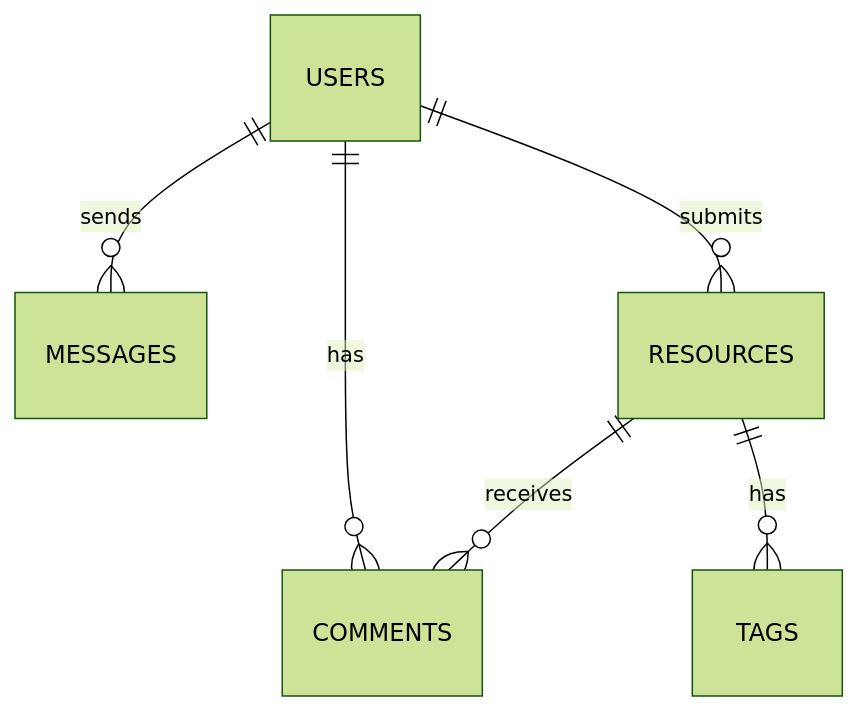
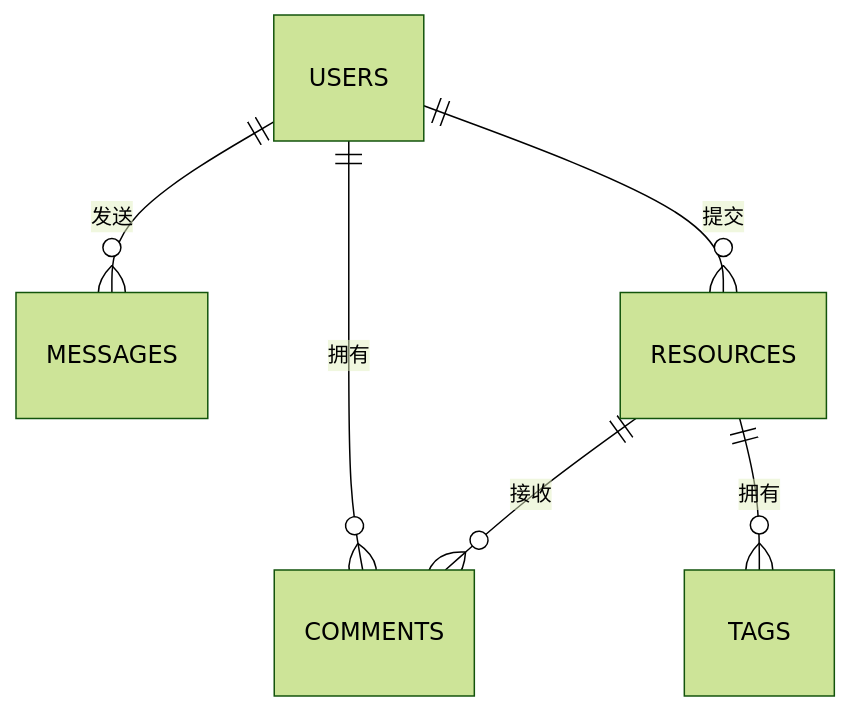
Before and after one commit to CNHB5678/-56789: the third of 3 diagrams in .trae/documents/Technical_Architecture.md, drawn with Mermaid (forest theme). The commit also changed other lines of this file and 27 other files, not shown here.

````diff
--- a/.trae/documents/Technical_Architecture.md
+++ b/.trae/documents/Technical_Architecture.md
@@ -56,8 +56,8 @@
 ```mermaid
 erDiagram
-  USERS ||--o{ COMMENTS : has
-  USERS ||--o{ MESSAGES : sends
-  USERS ||--o{ RESOURCES : submits
-  RESOURCES ||--o{ COMMENTS : receives
-  RESOURCES ||--o{ TAGS : has
+  USERS ||--o{ COMMENTS : 拥有
+  USERS ||--o{ MESSAGES : 发送
+  USERS ||--o{ RESOURCES : 提交
+  RESOURCES ||--o{ COMMENTS : 接收
+  RESOURCES ||--o{ TAGS : 拥有
 ```
````
